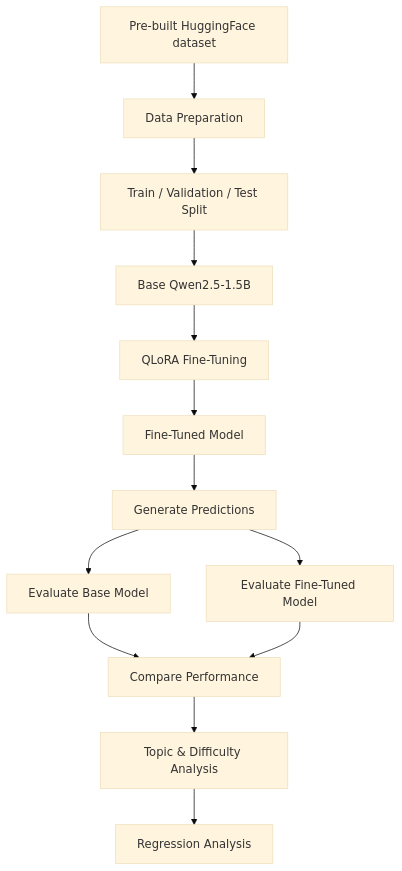
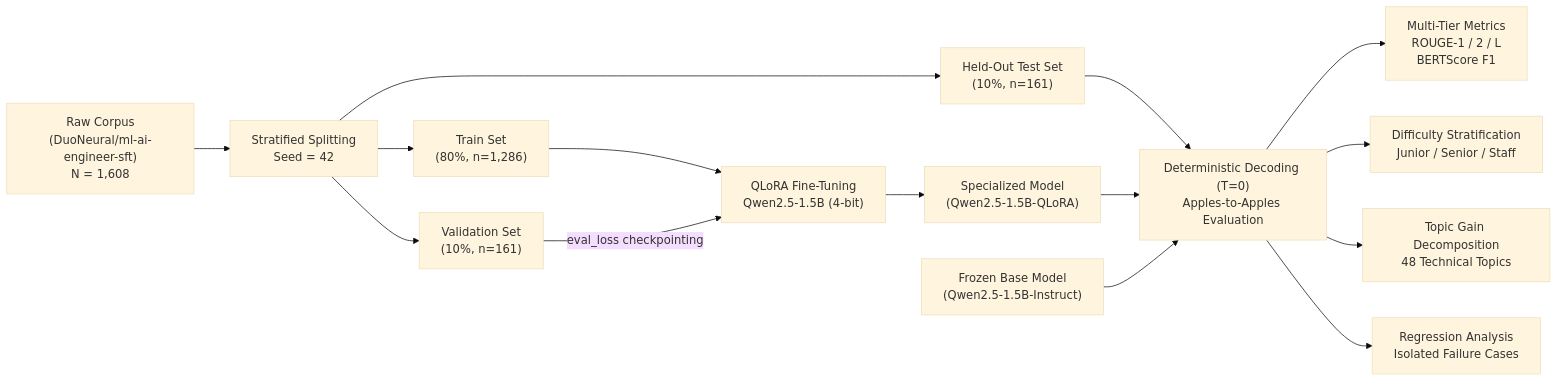
The diagram in README.md (Akgithub2028/qwen-domain-finetuning), drawn with Mermaid (base theme) before and after one commit. The commit also changed other lines of this file, not shown here.

````diff
--- a/README.md
+++ b/README.md
@@ -70,15 +123,20 @@
 ```mermaid
-flowchart TD
-    A[Pre-built HuggingFace dataset] --> B[Data Preparation]
-    B --> C[Train / Validation / Test Split]
-    C --> D[Base Qwen2.5-1.5B]
-    D --> E[QLoRA Fine-Tuning]
-    E --> F[Fine-Tuned Model]
-    F --> G[Generate Predictions]
-    G --> H[Evaluate Base Model]
-    G --> I[Evaluate Fine-Tuned Model]
-    H --> J[Compare Performance]
-    I --> J
-    J --> K[Topic & Difficulty Analysis]
-    K --> L[Regression Analysis]
+flowchart LR
+    A["Raw Corpus<br/>(DuoNeural/ml-ai-engineer-sft)<br/>N = 1,608"] --> B["Stratified Splitting<br/>Seed = 42"]
+    B --> C["Train Set<br/>(80%, n=1,286)"]
+    B --> D["Validation Set<br/>(10%, n=161)"]
+    B --> E["Held-Out Test Set<br/>(10%, n=161)"]
+
+    C --> F["QLoRA Fine-Tuning<br/>Qwen2.5-1.5B (4-bit)"]
+    D -->|eval_loss checkpointing| F
+    F --> G["Specialized Model<br/>(Qwen2.5-1.5B-QLoRA)"]
+
+    E --> H["Deterministic Decoding (T=0)<br/>Apples-to-Apples Evaluation"]
+    G --> H
+    I["Frozen Base Model<br/>(Qwen2.5-1.5B-Instruct)"] --> H
+
+    H --> J["Multi-Tier Metrics<br/>ROUGE-1 / 2 / L<br/>BERTScore F1"]
+    H --> K["Difficulty Stratification<br/>Junior / Senior / Staff"]
+    H --> L["Topic Gain Decomposition<br/>48 Technical Topics"]
+    H --> M["Regression Analysis<br/>Isolated Failure Cases"]
 ```
````
